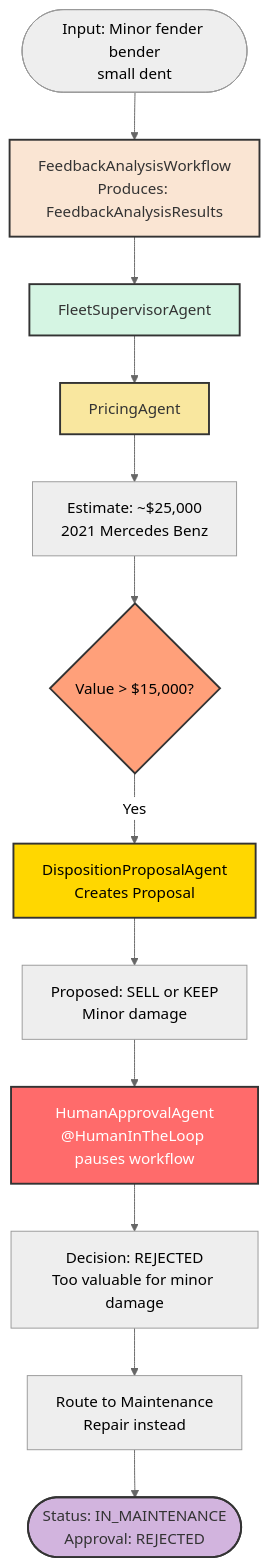
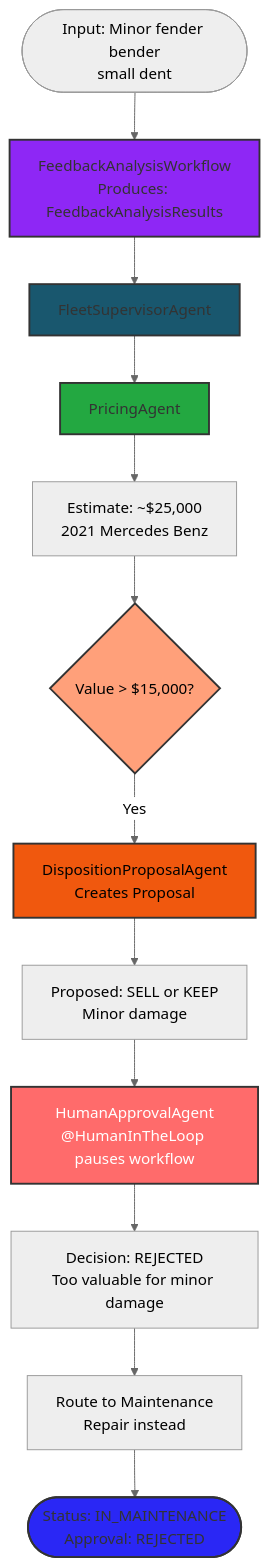
Before and after one commit to OpenLiberty/liberty-workshop-langchain4j: the fourth of 6 diagrams in docs/docs/section-2/step-05.md, drawn with Mermaid (neutral theme). The commit also changed other lines of this file and 10 other files, not shown here.

````diff
--- a/docs/docs/section-2/step-05.md
+++ b/docs/docs/section-2/step-05.md
@@ -362,28 +396,28 @@
 ```mermaid
 flowchart TD
     Start(["Input: Minor fender bender<br/>small dent"])
 
     Start --> FW["FeedbackAnalysisWorkflow<br/>Produces: FeedbackAnalysisResults"]
 
     FW --> FSA["FleetSupervisorAgent"]
     FSA --> PA["PricingAgent"]
     PA --> Value["Estimate: ~$25,000<br/>2021 Mercedes Benz"]
 
     Value --> Check{"Value > $15,000?"}
     Check -->|Yes| Proposal["DispositionProposalAgent<br/>Creates Proposal"]
     Proposal --> PropResult["Proposed: SELL or KEEP<br/>Minor damage"]
 
     PropResult --> Human["HumanApprovalAgent<br/>@HumanInTheLoop pauses workflow"]
     Human --> Decision["Decision: REJECTED<br/>Too valuable for minor damage"]
 
     Decision --> Fallback["Route to Maintenance<br/>Repair instead"]
     Fallback --> Result(["Status: IN_MAINTENANCE<br/>Approval: REJECTED"])
 
-    style FW fill:#FAE5D3,stroke:#333,stroke-width:2,color:#333
-    style FSA fill:#D5F5E3,stroke:#333,stroke-width:2,color:#333
-    style PA fill:#F9E79F,stroke:#333,stroke-width:2,color:#333
-    style Proposal fill:#FFD700,stroke:#333,stroke-width:2,color:#000
+    style FW fill:#8E27F5,stroke:#333,stroke-width:2,color:#333
+    style FSA fill:#19576E,stroke:#333,stroke-width:2,color:#333
+    style PA fill:#23A841,stroke:#333,stroke-width:2,color:#333
+    style Proposal fill:#F0580E,stroke:#333,stroke-width:2,color:#000
     style Human fill:#FF6B6B,stroke:#333,stroke-width:2,color:#fff
     style Check fill:#FFA07A,stroke:#333,stroke-width:2,color:#000
-    style Result fill:#D2B4DE,stroke:#333,stroke-width:2,color:#333
+    style Result fill:#2A27F5,stroke:#333,stroke-width:2,color:#333
 ```
````
